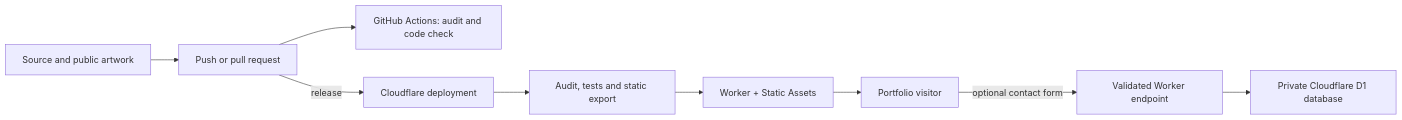
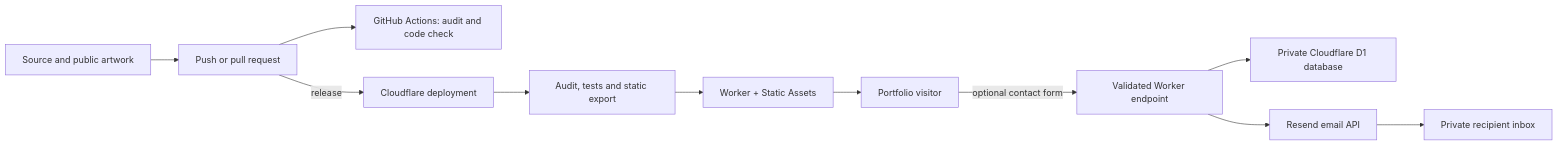
The diagram in WORKFLOW-DIAGRAM.md (zrsobecka/Portfolio), drawn with Mermaid before and after one commit. The commit also changed 8 other files, not shown here.

````diff
--- a/WORKFLOW-DIAGRAM.md
+++ b/WORKFLOW-DIAGRAM.md
@@ -3,11 +3,13 @@
 ```mermaid
 flowchart LR
     A[Source and public artwork] --> B[Push or pull request]
     B --> C[GitHub Actions: audit and code check]
     B -->|release| D[Cloudflare deployment]
     D --> E[Audit, tests and static export]
     E --> F[Worker + Static Assets]
     F --> G[Portfolio visitor]
     G -->|optional contact form| H[Validated Worker endpoint]
     H --> I[Private Cloudflare D1 database]
+    H --> J[Resend email API]
+    J --> K[Private recipient inbox]
 ```
````
